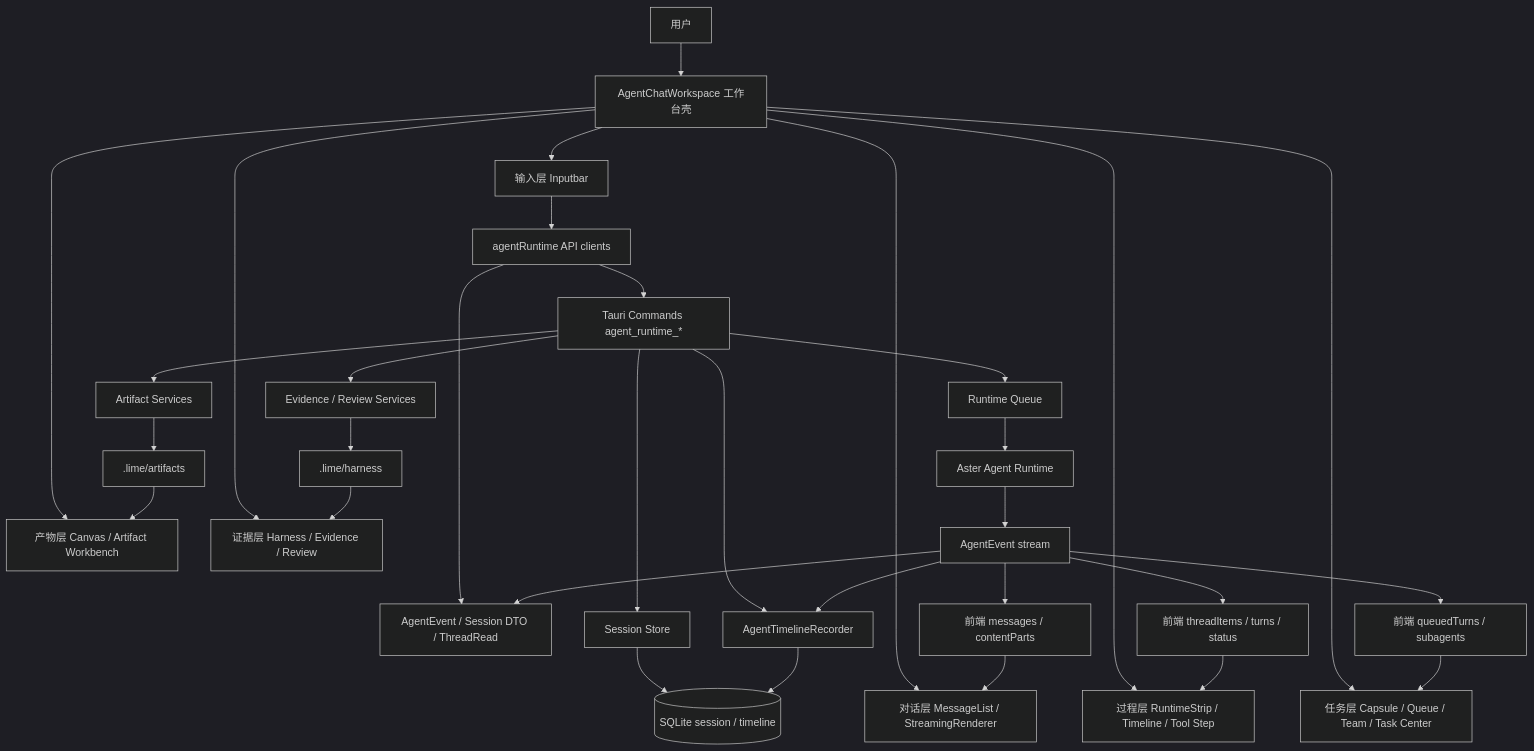
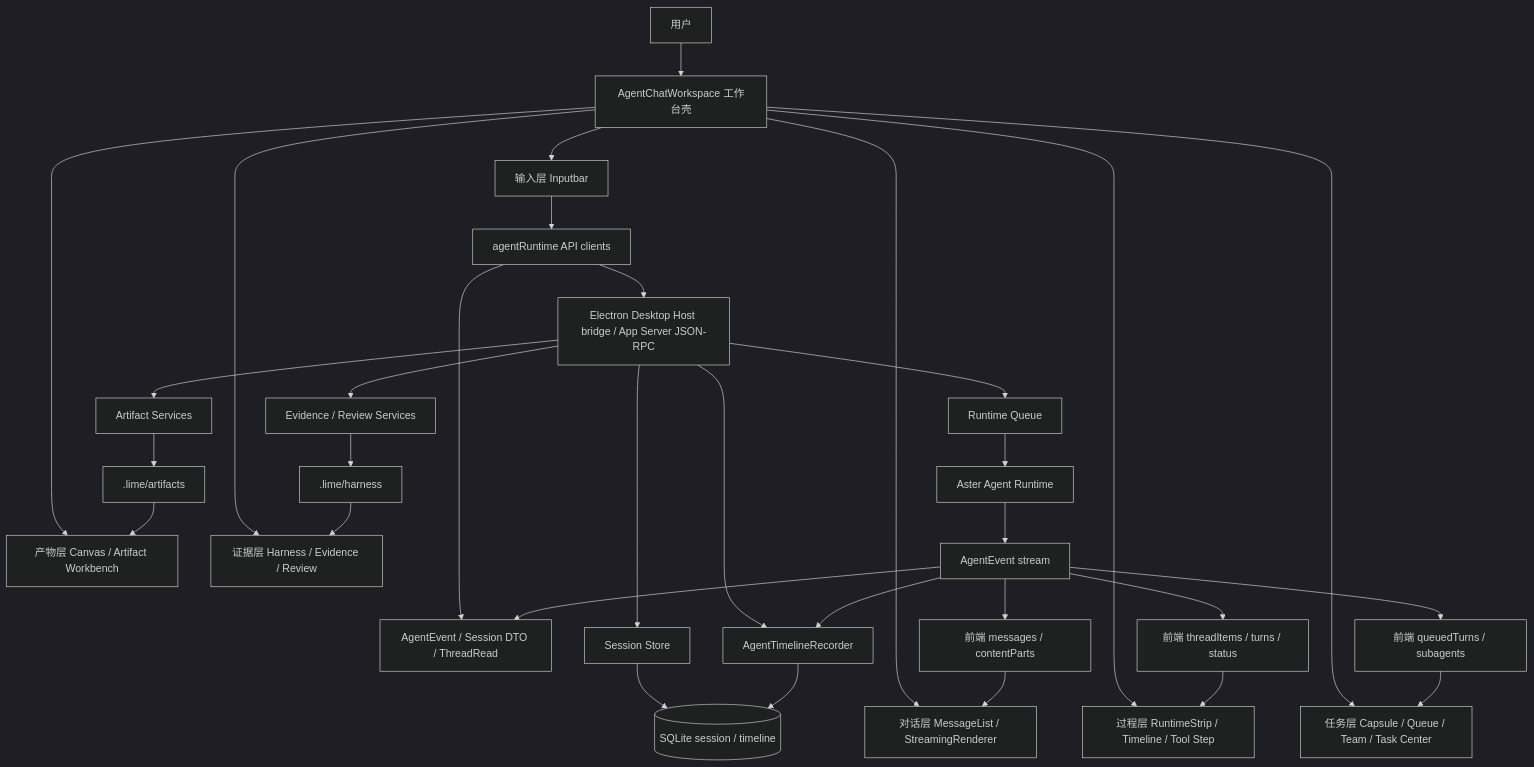
Before and after one commit to jiujuan/lime: the diagram in internal/roadmap/agentui/lime-agentui-target-architecture.md, drawn with Mermaid (dark theme). The commit also changed 370 other files, not shown here.

````diff
--- a/internal/roadmap/agentui/lime-agentui-target-architecture.md
+++ b/internal/roadmap/agentui/lime-agentui-target-architecture.md
@@ -29,40 +29,40 @@
 ```mermaid
 flowchart TB
   User[用户] --> Shell[AgentChatWorkspace 工作台壳]
 
   Shell --> Composer[输入层 Inputbar]
   Shell --> Conversation[对话层 MessageList / StreamingRenderer]
   Shell --> Process[过程层 RuntimeStrip / Timeline / Tool Step]
   Shell --> Task[任务层 Capsule / Queue / Team / Task Center]
   Shell --> Artifact[产物层 Canvas / Artifact Workbench]
   Shell --> Evidence[证据层 Harness / Evidence / Review]
 
   Composer --> RuntimeApi[agentRuntime API clients]
   RuntimeApi --> Protocol[AgentEvent / Session DTO / ThreadRead]
-  RuntimeApi --> Tauri[Tauri Commands agent_runtime_*]
+  RuntimeApi --> CommandGateway[Electron Desktop Host bridge / App Server JSON-RPC]
 
-  Tauri --> RuntimeQueue[Runtime Queue]
-  Tauri --> SessionStore[Session Store]
-  Tauri --> TimelineRecorder[AgentTimelineRecorder]
-  Tauri --> ArtifactServices[Artifact Services]
-  Tauri --> EvidenceServices[Evidence / Review Services]
+  CommandGateway --> RuntimeQueue[Runtime Queue]
+  CommandGateway --> SessionStore[Session Store]
+  CommandGateway --> TimelineRecorder[AgentTimelineRecorder]
+  CommandGateway --> ArtifactServices[Artifact Services]
+  CommandGateway --> EvidenceServices[Evidence / Review Services]
 
   RuntimeQueue --> Aster[Aster Agent Runtime]
   Aster --> Events[AgentEvent stream]
   Events --> Protocol
   Events --> TimelineRecorder
   Events --> ConversationState[前端 messages / contentParts]
   Events --> ProcessState[前端 threadItems / turns / status]
   Events --> TaskState[前端 queuedTurns / subagents]
 
   SessionStore --> Db[(SQLite session / timeline)]
   TimelineRecorder --> Db
   ArtifactServices --> ArtifactFiles[.lime/artifacts]
   EvidenceServices --> HarnessFiles[.lime/harness]
 
   ConversationState --> Conversation
   ProcessState --> Process
   TaskState --> Task
   ArtifactFiles --> Artifact
   HarnessFiles --> Evidence
 ```
````
